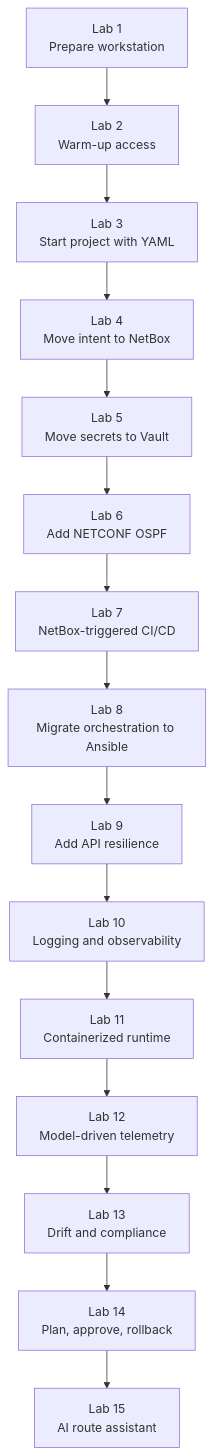
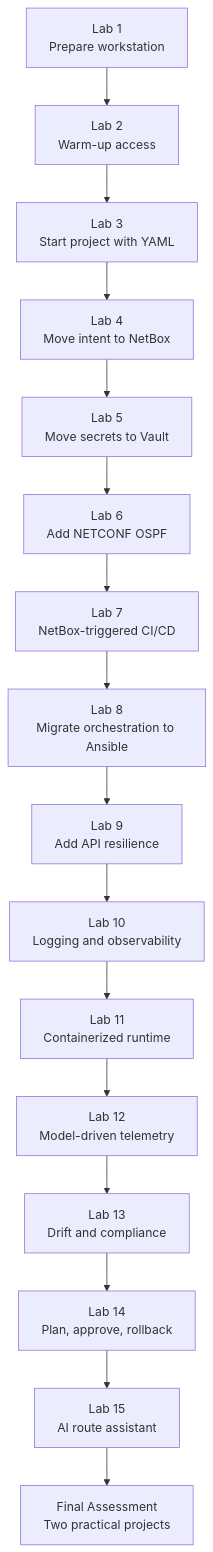
One commit to tanthanh85/CCNPAUTO changed the first of 6 diagrams in LAB/README.md. Above: the diagram before and after it, drawn with Mermaid. The commit also changed other lines of this file and 30 other files, not shown here.

````diff
--- a/LAB/README.md
+++ b/LAB/README.md
@@ -15,17 +15,18 @@
 ```mermaid
 flowchart TD
     L1["Lab 1<br/>Prepare workstation"] --> L2["Lab 2<br/>Warm-up access"]
     L2 --> L3["Lab 3<br/>Start project with YAML"]
     L3 --> L4["Lab 4<br/>Move intent to NetBox"]
     L4 --> L5["Lab 5<br/>Move secrets to Vault"]
     L5 --> L6["Lab 6<br/>Add NETCONF OSPF"]
     L6 --> L7["Lab 7<br/>NetBox-triggered CI/CD"]
     L7 --> L8["Lab 8<br/>Migrate orchestration to Ansible"]
     L8 --> L9["Lab 9<br/>Add API resilience"]
     L9 --> L10["Lab 10<br/>Logging and observability"]
     L10 --> L11["Lab 11<br/>Containerized runtime"]
     L11 --> L12["Lab 12<br/>Model-driven telemetry"]
     L12 --> L13["Lab 13<br/>Drift and compliance"]
     L13 --> L14["Lab 14<br/>Plan, approve, rollback"]
     L14 --> L15["Lab 15<br/>AI route assistant"]
+    L15 --> F["Final Assessment<br/>Two practical projects"]
 ```
````
